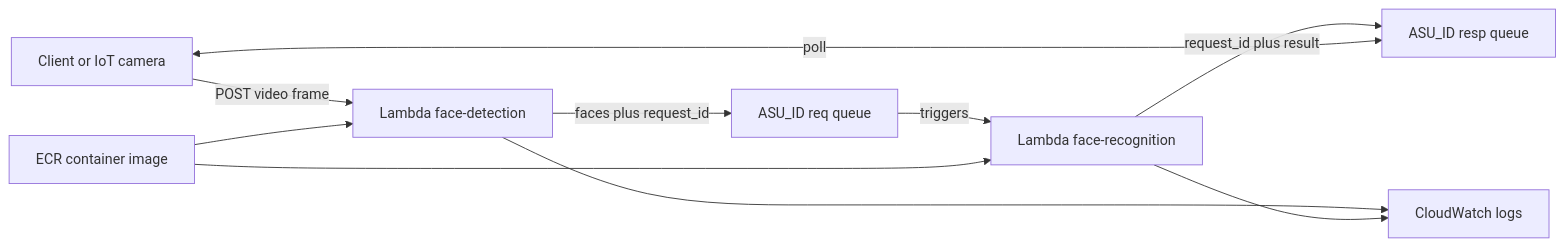
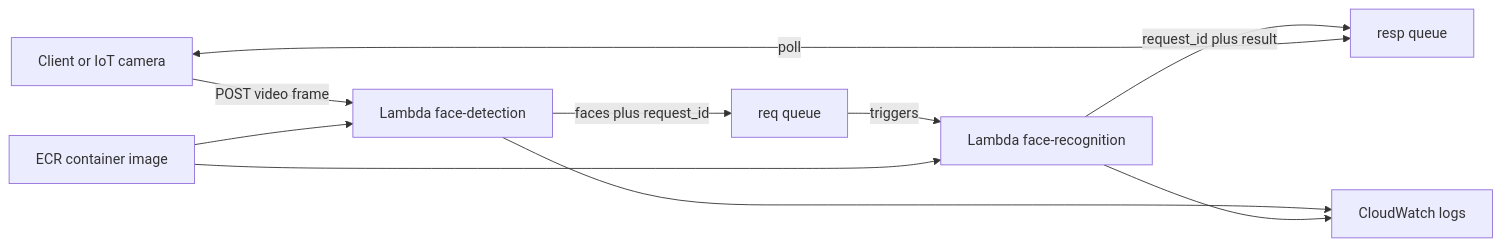
Before and after one commit to vnaruvan/serverless-face-detection: the diagram in README.md, drawn with Mermaid.

````diff
--- a/README.md
+++ b/README.md
@@ -29,13 +29,13 @@
 ```mermaid
 flowchart LR
   Client[Client or IoT camera] -->|POST video frame| FD[Lambda face-detection]
-  FD -->|faces plus request_id| REQ[ASU_ID req queue]
+  FD -->|faces plus request_id| REQ[req queue]
   REQ -->|triggers| FR[Lambda face-recognition]
-  FR -->|request_id plus result| RESP[ASU_ID resp queue]
+  FR -->|request_id plus result| RESP[resp queue]
   Client <-->|poll| RESP
 
   ECR[ECR container image] --> FD
   ECR --> FR
   FD --> CW[CloudWatch logs]
   FR --> CW
 ```
````
